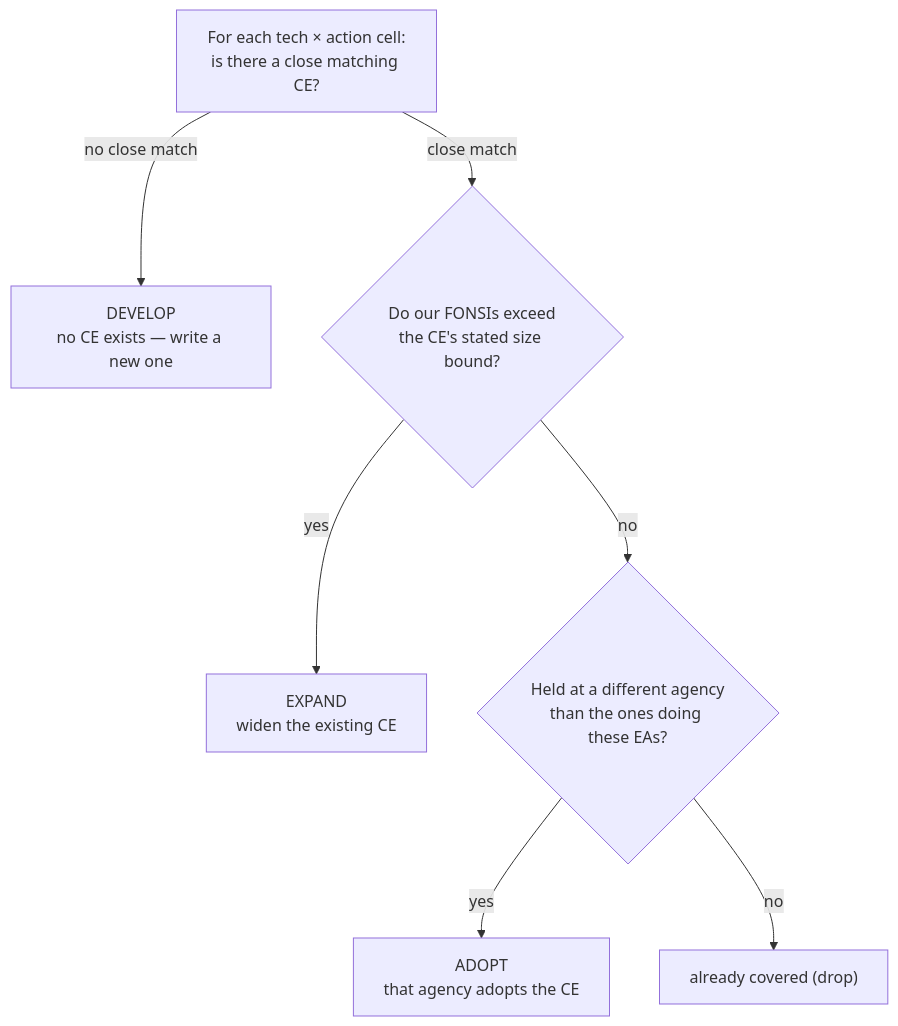
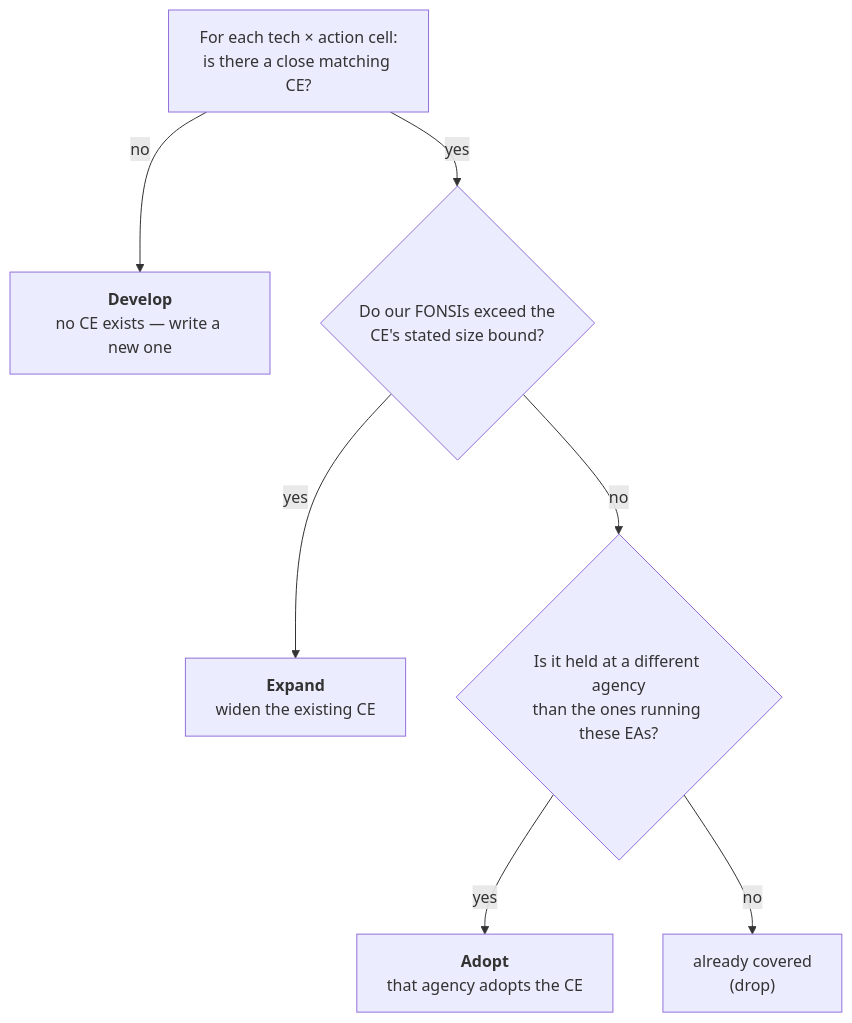
Before and after one commit to kaseyzapatka/nepa: the first of 2 diagrams in phase2/reports/deliverable06.qmd, drawn with Mermaid. The commit also changed other lines of this file and 22 other files, not shown here.

First line of the commit message:
[D6] add Coverage & Limitations page, stage-box flowchart, figure recolor

````diff
--- a/phase2/reports/deliverable06.qmd
+++ b/phase2/reports/deliverable06.qmd
@@ -274,10 +313,11 @@
 ```{mermaid}
 %%| fig-align: center
 flowchart TD
-  A["For each tech × action cell:<br/>is there a close matching CE?"] -->|no close match| D["DEVELOP<br/>no CE exists — write a new one"]
-  A -->|close match| B{"Do our FONSIs exceed<br/>the CE's stated size bound?"}
-  B -->|yes| E["EXPAND<br/>widen the existing CE"]
-  B -->|no| C{"Held at a different agency<br/>than the ones doing these EAs?"}
-  C -->|yes| AD["ADOPT<br/>that agency adopts the CE"]
-  C -->|no| CV["already covered (drop)"]
+  A["For each tech × action cell:<br/>is there a close matching CE?"]
+  A -->|no| D["<b>Develop</b><br/>no CE exists — write a new one"]
+  A -->|yes| B{"Do our FONSIs exceed the<br/>CE's stated size bound?"}
+  B -->|yes| E["<b>Expand</b><br/>widen the existing CE"]
+  B -->|no| C{"Is it held at a different agency<br/>than the ones running these EAs?"}
+  C -->|yes| AD["<b>Adopt</b><br/>that agency adopts the CE"]
+  C -->|no| CV["already covered<br/>(drop)"]
 ```
````
